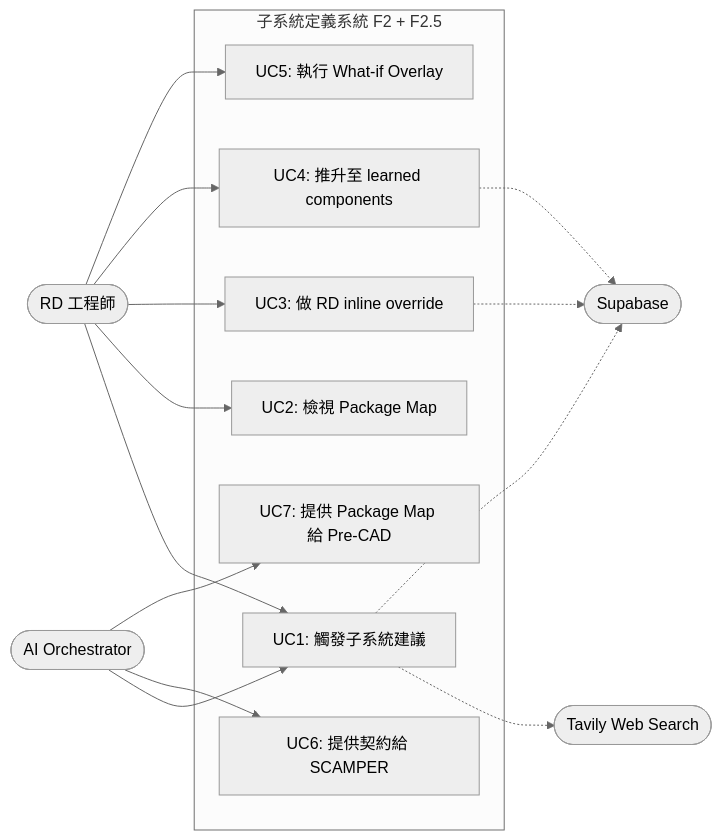
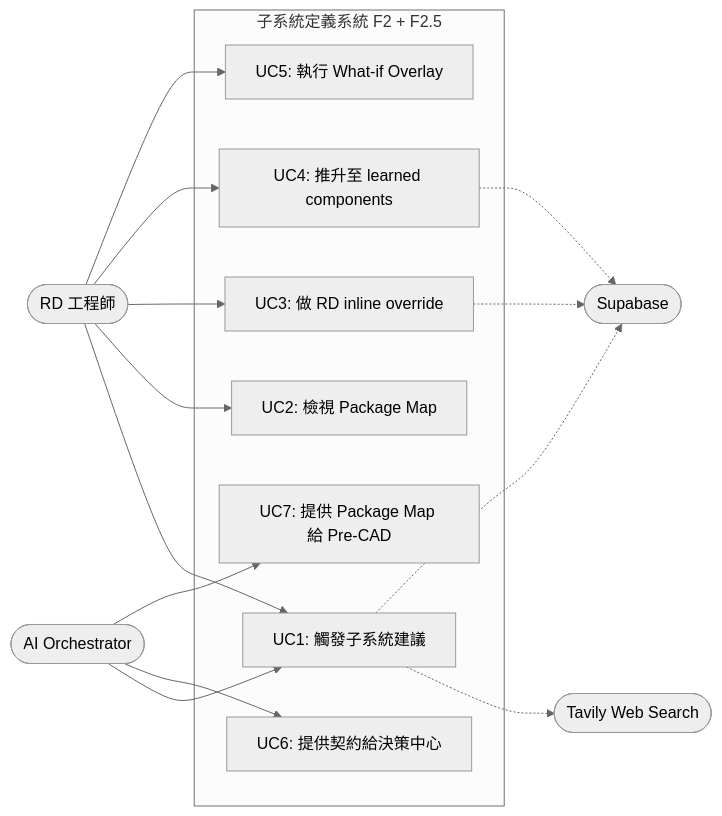
Before and after one commit to Zenobia0000/RD_copilot_system: the first of 26 diagrams in docs/01-define/diagrams/appendix-a--forward-subsystem-discovery.md, drawn with Mermaid. The commit also changed other lines of this file and 77 other files, not shown here.

````diff
--- a/docs/01-define/diagrams/appendix-a--forward-subsystem-discovery.md
+++ b/docs/01-define/diagrams/appendix-a--forward-subsystem-discovery.md
@@ -79,32 +79,32 @@
 ```mermaid
 %%{init: {'theme': 'neutral'}}%%
 graph LR
     RD([RD 工程師])
     Orch([AI Orchestrator])
 
     subgraph SYS[子系統定義系統 F2 + F2.5]
         UC1[UC1: 觸發子系統建議]
         UC2[UC2: 檢視 Package Map]
         UC3[UC3: 做 RD inline override]
         UC4[UC4: 推升至 learned components]
         UC5[UC5: 執行 What-if Overlay]
-        UC6[UC6: 提供契約給 SCAMPER]
+        UC6[UC6: 提供契約給決策中心]
         UC7[UC7: 提供 Package Map 給 Pre-CAD]
     end
 
     RD --> UC1
     RD --> UC2
     RD --> UC3
     RD --> UC4
     RD --> UC5
     Orch --> UC1
     Orch --> UC6
     Orch --> UC7
 
     Tavily([Tavily Web Search])
     SB([Supabase])
     UC1 -.-> Tavily
     UC1 -.-> SB
     UC3 -.-> SB
     UC4 -.-> SB
 ```
````
